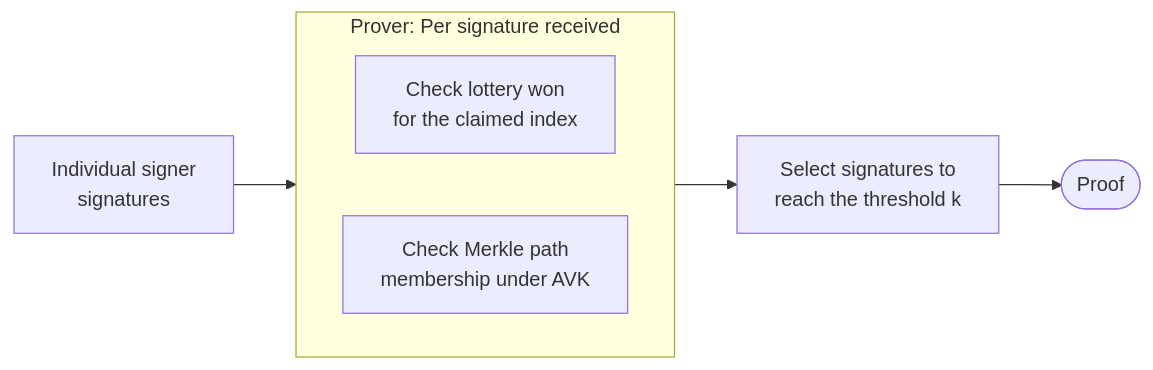
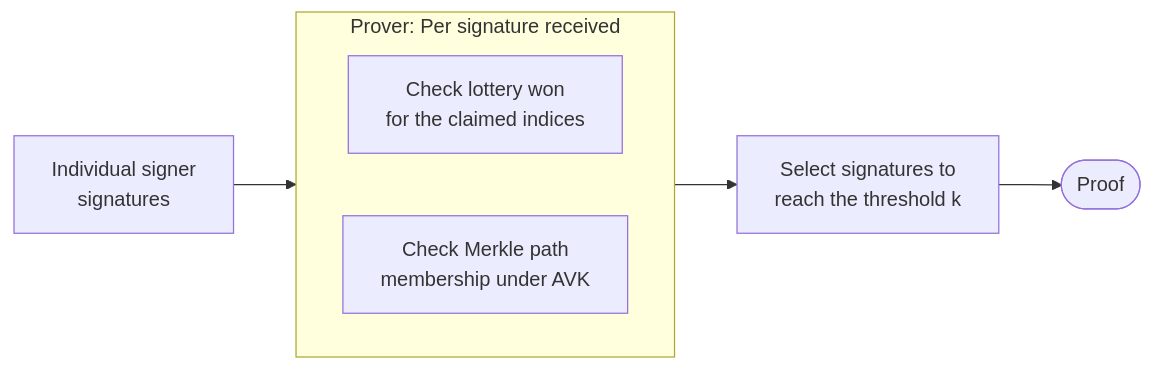
One commit to IntersectMBO/mithril changed the first of 2 diagrams in docs/website/root/mithril/advanced/mithril-protocol/aggregation/concatenation.md. Above: the diagram before and after it, drawn with Mermaid. The commit also changed other lines of this file and 4 other files, not shown here.

Commit message:
refactor(doc): fixed typos and graph and added a new glossary entry

````diff
--- a/docs/website/root/mithril/advanced/mithril-protocol/aggregation/concatenation.md
+++ b/docs/website/root/mithril/advanced/mithril-protocol/aggregation/concatenation.md
@@ -10,13 +10,13 @@
 ```mermaid
 flowchart LR
     Sigs[Individual signer<br/>signatures] --> Loop
 
     subgraph Loop["Prover: Per signature received"]
         direction LR
-        L["Check lottery won<br/>for the claimed index"]
+        L["Check lottery won<br/>for the claimed indices"]
         M["Check Merkle path<br/>membership under AVK"]
     end
 
     Loop --> Select["Select signatures to<br/>reach the threshold k"]
     Select --> Proof(["Proof"])
 ```
````
